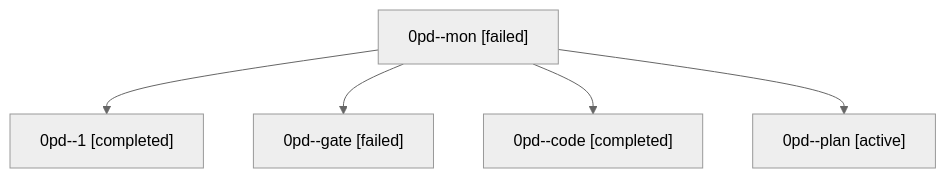
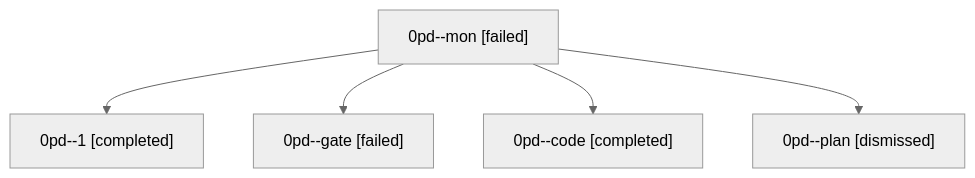
One commit to sase-org/sase--agents changed the diagram in sessions/bbugyi200.athena.0pd.md. Above: the diagram before and after it, drawn with Mermaid (neutral theme). The commit also changed other lines of this file and 22 other files, not shown here.

````diff
--- a/sessions/bbugyi200.athena.0pd.md
+++ b/sessions/bbugyi200.athena.0pd.md
@@ -9,12 +9,12 @@
 ```mermaid
 flowchart TD
   n0["0pd--mon [failed]"]
   n1["0pd--1 [completed]"]
   n0 --> n1
   n2["0pd--gate [failed]"]
   n0 --> n2
   n3["0pd--code [completed]"]
   n0 --> n3
-  n4["0pd--plan [active]"]
+  n4["0pd--plan [dismissed]"]
   n0 --> n4
 ```
````
